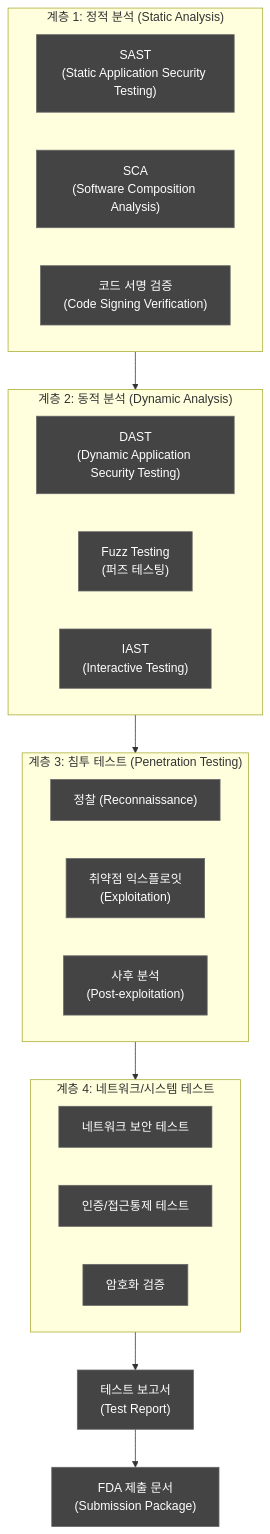
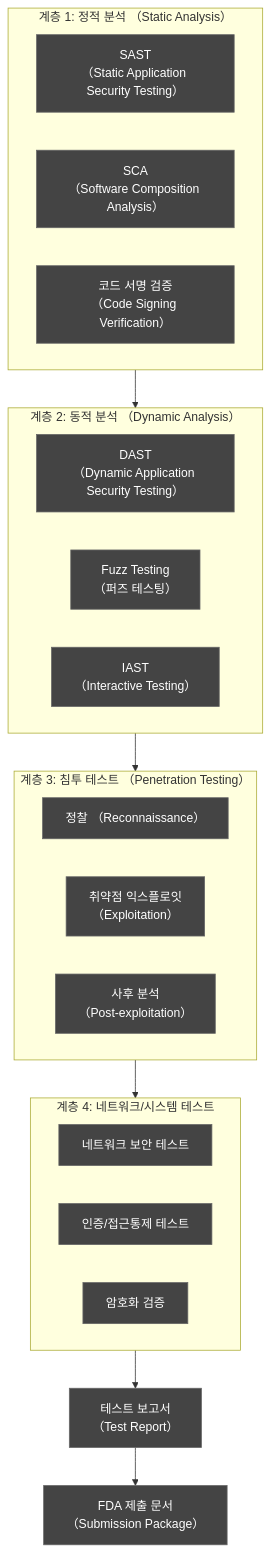
The eighth of 11 diagrams in docs/management/DOC-016_Cybersecurity_Plan_v1.0.md (holee9/console-gui), drawn with Mermaid before and after one commit. The commit also changed other lines of this file and 22 other files, not shown here.

First line of the commit message:
fix: Mermaid flowchart 노드 내 괄호 파싱 오류 전면 수정

````diff
--- a/docs/management/DOC-016_Cybersecurity_Plan_v1.0.md
+++ b/docs/management/DOC-016_Cybersecurity_Plan_v1.0.md
@@ -597,31 +597,31 @@
 ```mermaid
 graph TD
     classDef default fill:#444,stroke:#666,color:#fff
-    subgraph L1["계층 1: 정적 분석 (Static Analysis)"]
-        SAST["SAST<br/>(Static Application Security Testing)"]
-        SCA["SCA<br/>(Software Composition Analysis)"]
-        CS["코드 서명 검증<br/>(Code Signing Verification)"]
+    subgraph L1["계층 1: 정적 분석 （Static Analysis）"]
+        SAST["SAST<br/>（Static Application Security Testing）"]
+        SCA["SCA<br/>（Software Composition Analysis）"]
+        CS["코드 서명 검증<br/>（Code Signing Verification）"]
     end
 
-    subgraph L2["계층 2: 동적 분석 (Dynamic Analysis)"]
-        DAST["DAST<br/>(Dynamic Application Security Testing)"]
-        FUZZ["Fuzz Testing<br/>(퍼즈 테스팅)"]
-        IAST["IAST<br/>(Interactive Testing)"]
+    subgraph L2["계층 2: 동적 분석 （Dynamic Analysis）"]
+        DAST["DAST<br/>（Dynamic Application Security Testing）"]
+        FUZZ["Fuzz Testing<br/>（퍼즈 테스팅）"]
+        IAST["IAST<br/>（Interactive Testing）"]
     end
 
-    subgraph L3["계층 3: 침투 테스트 (Penetration Testing)"]
-        RECON["정찰 (Reconnaissance)"]
-        EXPLOIT["취약점 익스플로잇<br/>(Exploitation)"]
-        POST["사후 분석<br/>(Post-exploitation)"]
+    subgraph L3["계층 3: 침투 테스트 （Penetration Testing）"]
+        RECON["정찰 （Reconnaissance）"]
+        EXPLOIT["취약점 익스플로잇<br/>（Exploitation）"]
+        POST["사후 분석<br/>（Post-exploitation）"]
     end
 
     subgraph L4["계층 4: 네트워크/시스템 테스트"]
         NET["네트워크 보안 테스트"]
         AUTH["인증/접근통제 테스트"]
         CRYPTO["암호화 검증"]
     end
 
     L1 --> L2 --> L3 --> L4
-    L4 --> REPORT["테스트 보고서<br/>(Test Report)"]
-    REPORT --> FDA["FDA 제출 문서<br/>(Submission Package)"]
+    L4 --> REPORT["테스트 보고서<br/>（Test Report）"]
+    REPORT --> FDA["FDA 제출 문서<br/>（Submission Package）"]
 ```
````
